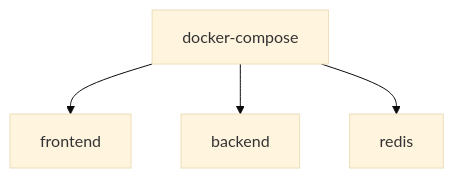
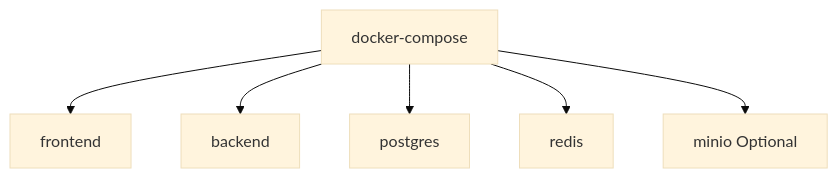
Before and after one commit to hushi19910329/ProjectTraceV1: the second of 2 diagrams in docs/系统架构文档.md, drawn with Mermaid (base theme). The commit also changed other lines of this file and 14 other files, not shown here.

````diff
--- a/docs/系统架构文档.md
+++ b/docs/系统架构文档.md
@@ -169,6 +181,8 @@
 ```mermaid
 flowchart TD
     A[docker-compose] --> B[frontend]
     A --> C[backend]
+    A --> E[postgres]
     A --> D[redis]
+    A --> F[minio Optional]
 ```
````
